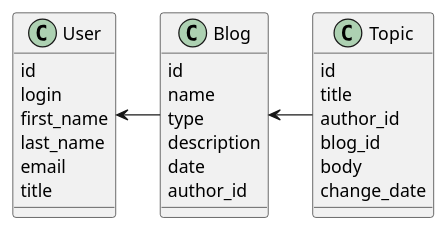
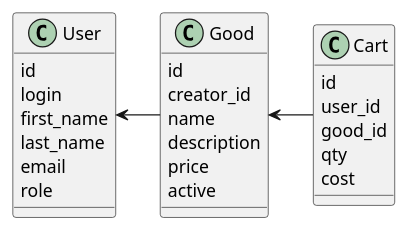
Before and after one commit to vpyzhov/MAI_AIS: the second of 2 diagrams in hl_mai_lab_00_vp/components.md, drawn with PlantUML. The commit also changed other lines of this file and 1 other file, not shown here.

````diff
--- a/hl_mai_lab_00_vp/components.md
+++ b/hl_mai_lab_00_vp/components.md
@@ -84,35 +69,34 @@
 ```puml
 @startuml
 
-class Blog {
+class Good {
   id
+  creator_id
   name
-  type
   description
-  date
-  author_id
+  price
+  active
 }
 
 class User {
   id
   login
   first_name
   last_name
   email
-  title
+  role
 }
 
-class Topic {
+class Cart {
   id
-  title
-  author_id
-  blog_id
-  body
-  change_date
+  user_id
+  good_id
+  qty
+  cost
 }
 
-User <- Blog
-Blog <- Topic
+User <- Good
+Good <- Cart
 
 @enduml
 ```
````
